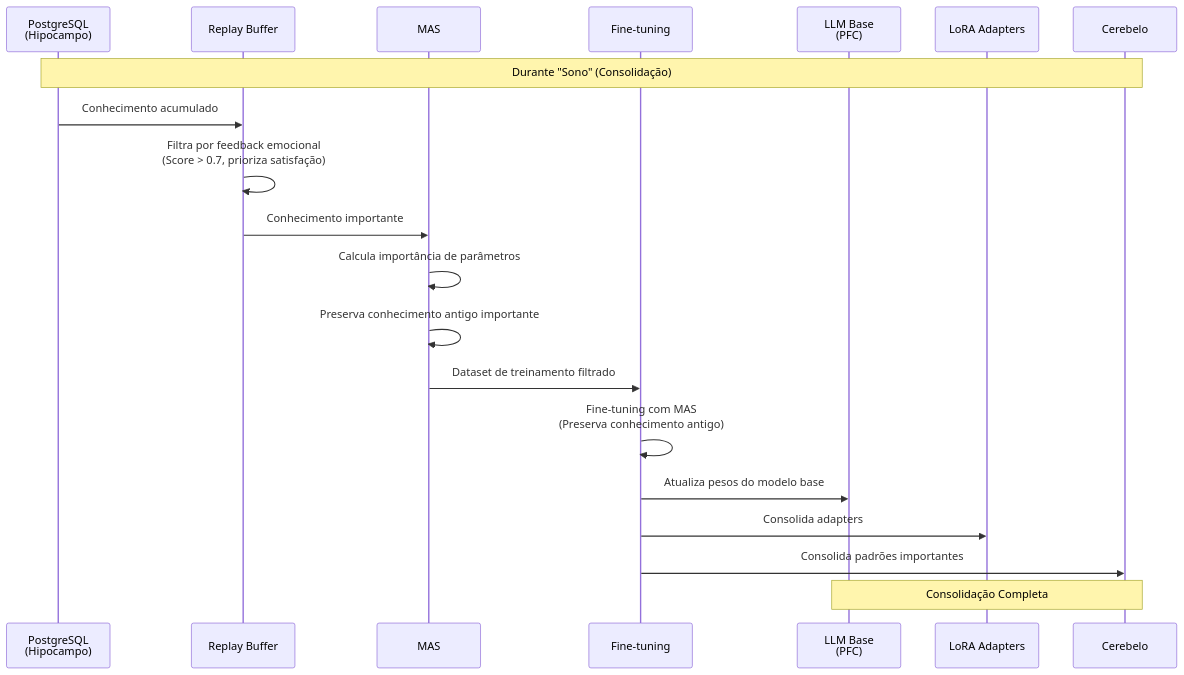
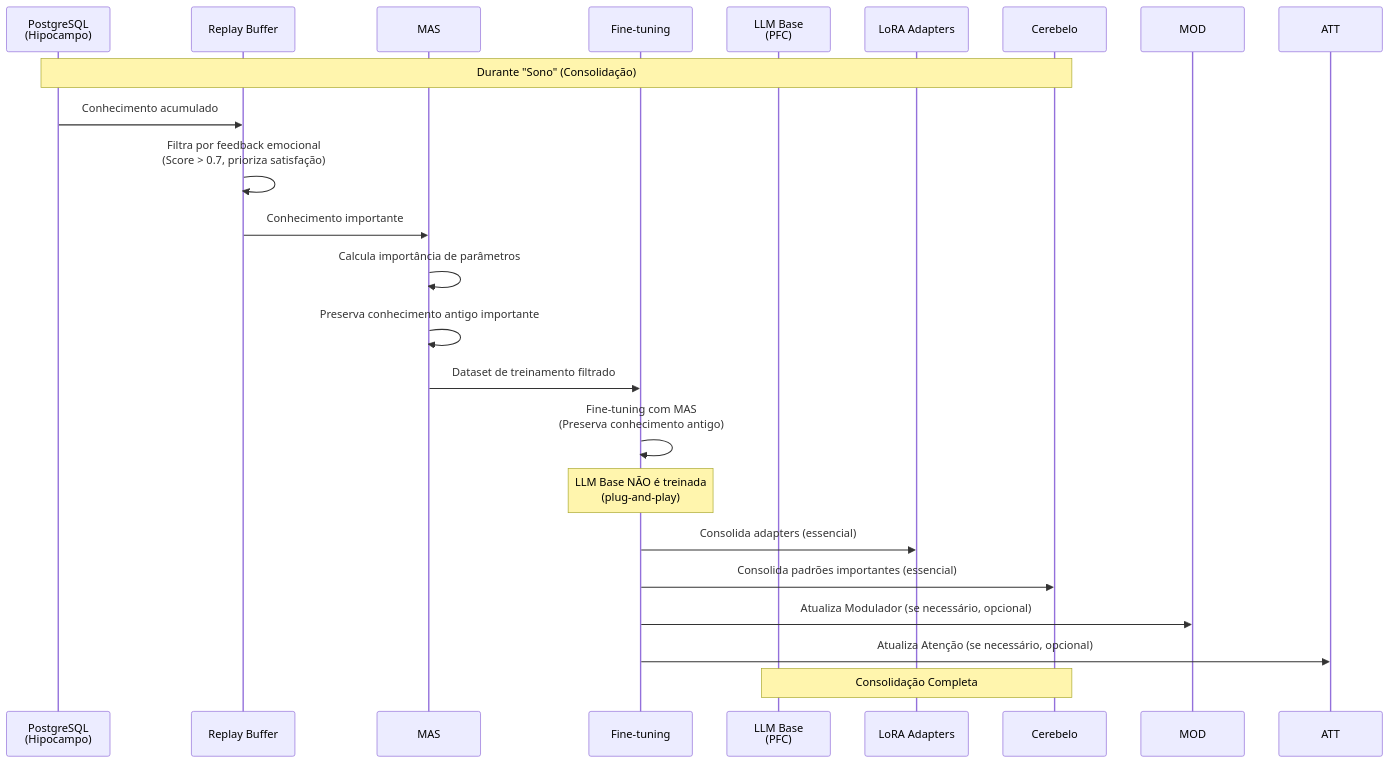
One commit to gabrielcardoso21/npllm changed the fourth of 4 diagrams in docs/mvp-general-assistant/FUNCIONAMENTO-DIA-A-DIA-COMPLETO.md. Above: the diagram before and after it, drawn with Mermaid. The commit also changed other lines of this file and 3 other files, not shown here.

Commit message:
docs: Revisa classificação de treinamento de LLMs - apenas Cerebelo e LoRA essenciais, LLM Base plug-and-play

````diff
--- a/docs/mvp-general-assistant/FUNCIONAMENTO-DIA-A-DIA-COMPLETO.md
+++ b/docs/mvp-general-assistant/FUNCIONAMENTO-DIA-A-DIA-COMPLETO.md
@@ -375,28 +368,30 @@
 ```mermaid
 sequenceDiagram
     participant POSTGRES as PostgreSQL<br/>(Hipocampo)
     participant REPLAY as Replay Buffer
     participant MAS as MAS
     participant FT as Fine-tuning
     participant LLM as LLM Base<br/>(PFC)
     participant LORA as LoRA Adapters
     participant CEREB as Cerebelo
     
     Note over POSTGRES,CEREB: Durante "Sono" (Consolidação)
     
     POSTGRES->>REPLAY: Conhecimento acumulado
     REPLAY->>REPLAY: Filtra por feedback emocional<br/>(Score > 0.7, prioriza satisfação)
     REPLAY->>MAS: Conhecimento importante
     
     MAS->>MAS: Calcula importância de parâmetros
     MAS->>MAS: Preserva conhecimento antigo importante
     
     MAS->>FT: Dataset de treinamento filtrado
     FT->>FT: Fine-tuning com MAS<br/>(Preserva conhecimento antigo)
     
-    FT->>LLM: Atualiza pesos do modelo base
-    FT->>LORA: Consolida adapters
-    FT->>CEREB: Consolida padrões importantes
+    Note over FT: LLM Base NÃO é treinada<br/>(plug-and-play)
+    FT->>LORA: Consolida adapters (essencial)
+    FT->>CEREB: Consolida padrões importantes (essencial)
+    FT->>MOD: Atualiza Modulador (se necessário, opcional)
+    FT->>ATT: Atualiza Atenção (se necessário, opcional)
     
     Note over LLM,CEREB: Consolidação Completa
 ```
````
